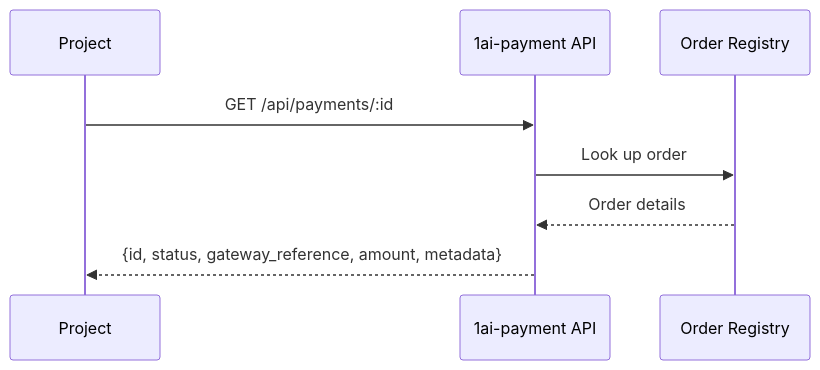
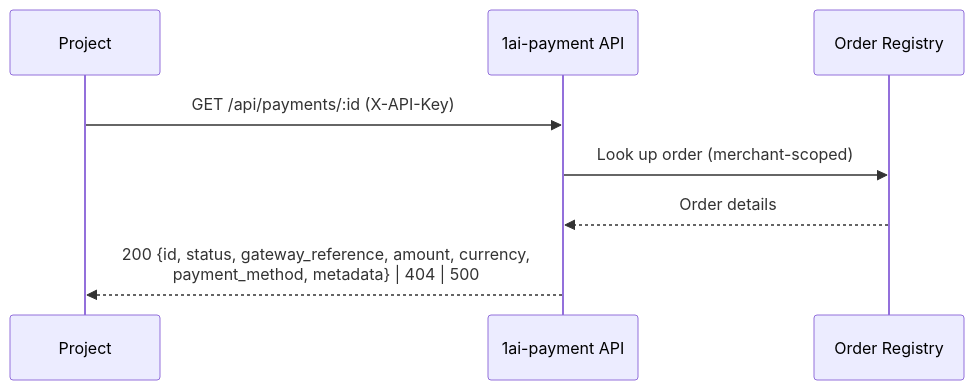
The fourth of 6 diagrams in docs/01-architecture.md (oyi77/1ai-payment), drawn with Mermaid before and after one commit. The commit also changed other lines of this file and 48 other files, not shown here.

````diff
--- a/docs/01-architecture.md
+++ b/docs/01-architecture.md
@@ -103,11 +226,11 @@
 ```mermaid
 sequenceDiagram
     participant P as Project
     participant A as 1ai-payment API
     participant DB as Order Registry
 
-    P->>A: GET /api/payments/:id
-    A->>DB: Look up order
+    P->>A: GET /api/payments/:id (X-API-Key)
+    A->>DB: Look up order (merchant-scoped)
     DB-->>A: Order details
-    A-->>P: {id, status, gateway_reference, amount, metadata}
+    A-->>P: 200 {id, status, gateway_reference, amount, currency,<br/>payment_method, metadata} | 404 | 500
 ```
````
